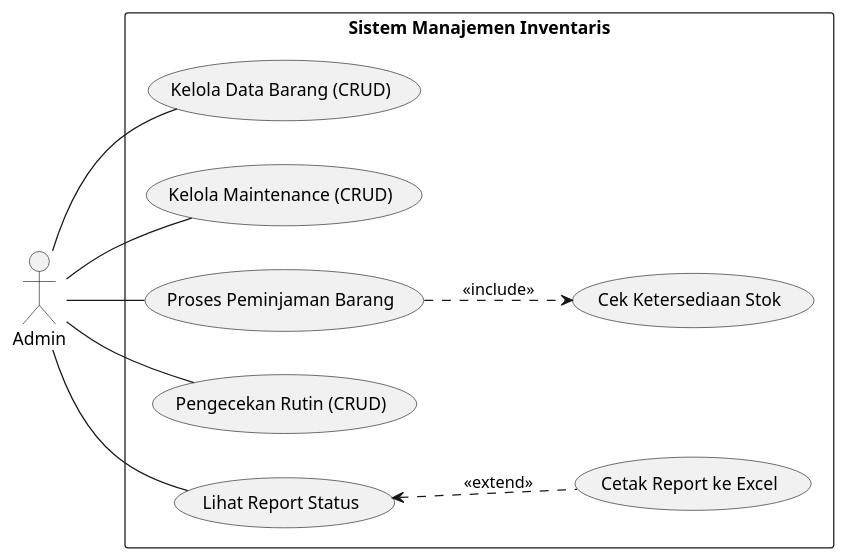
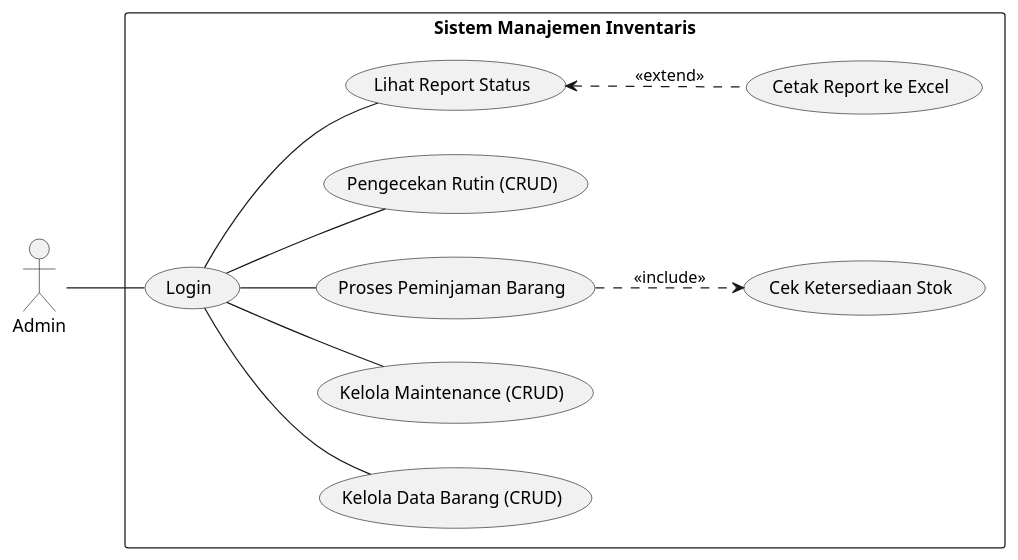
The diagram in Use Case Diagram/usecaseCombined1.puml (Fannandya/diagramPABD), drawn with PlantUML before and after one commit. The commit also changed 1 other file, not shown here.

Commit message:
fix usecase combined

```diff
--- a/Use Case Diagram/usecaseCombined1.puml
+++ b/Use Case Diagram/usecaseCombined1.puml
@@ -1,26 +1,28 @@
 @startuml usecaseSimplified
 left to right direction
 actor Admin
 
 rectangle "Sistem Manajemen Inventaris" {
   usecase "Kelola Data Barang (CRUD)" as UC2
   usecase "Kelola Maintenance (CRUD)" as UC3
   usecase "Proses Peminjaman Barang" as UC4
   usecase "Cek Ketersediaan Stok" as UC5
   usecase "Pengecekan Rutin (CRUD)" as UC6
   usecase "Lihat Report Status" as UC7
   usecase "Cetak Report ke Excel" as UC8
+  usecase "Login" as UC1
 }
 
-Admin -- UC2
-Admin -- UC3
-Admin -- UC4
-Admin -- UC6
-Admin -- UC7
+Admin -- UC1
+UC1 -- UC2
+UC1 -- UC3
+UC1 -- UC4
+UC1 -- UC6
+UC1 -- UC7
 
 ' Include: Pinjam WAJIB cek stok
 UC4 ..> UC5 : <<include>>
 
 ' Extend: Lihat dulu, baru BISA cetak kalau mau
 UC7 <.. UC8 : <<extend>>
 @enduml
```
